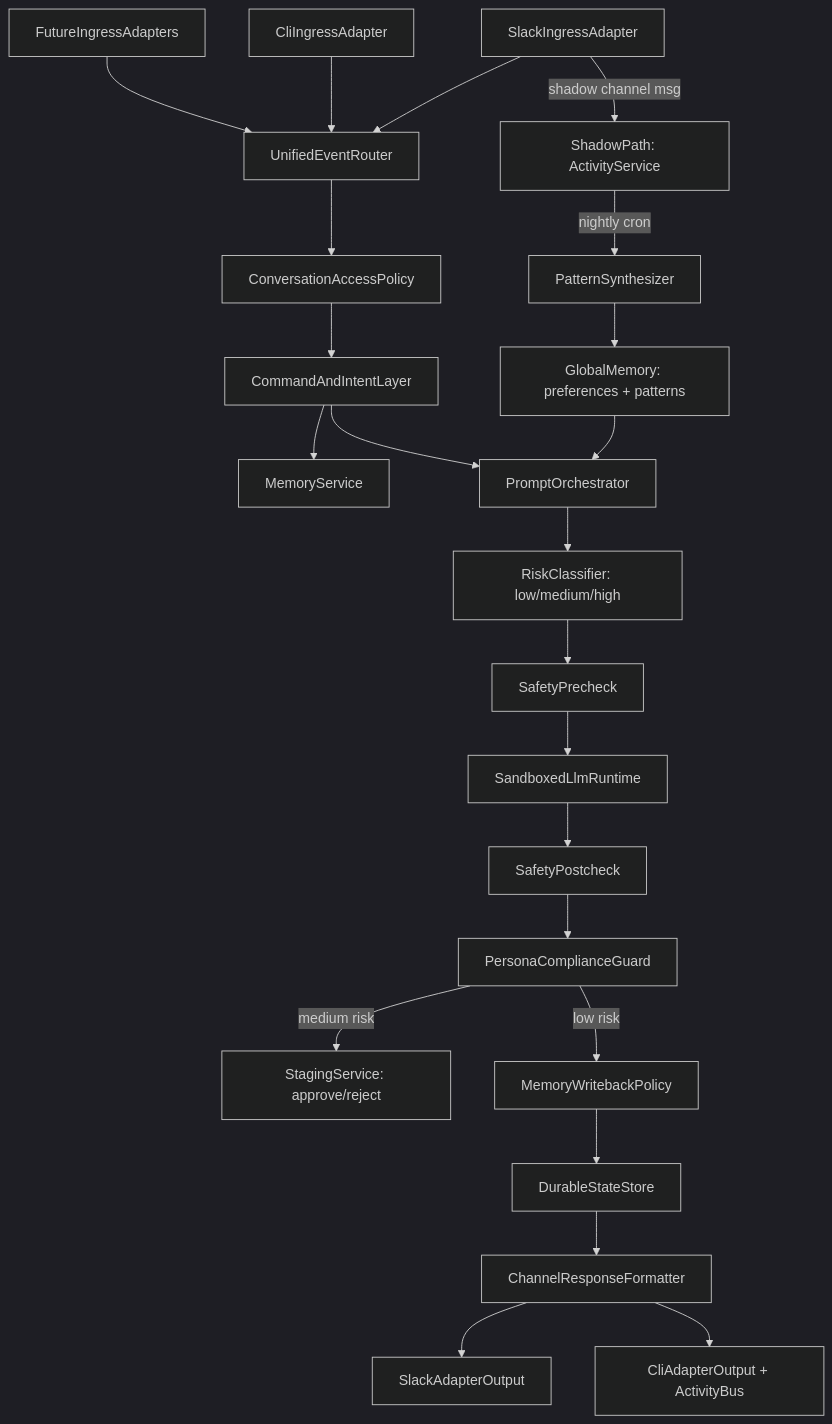
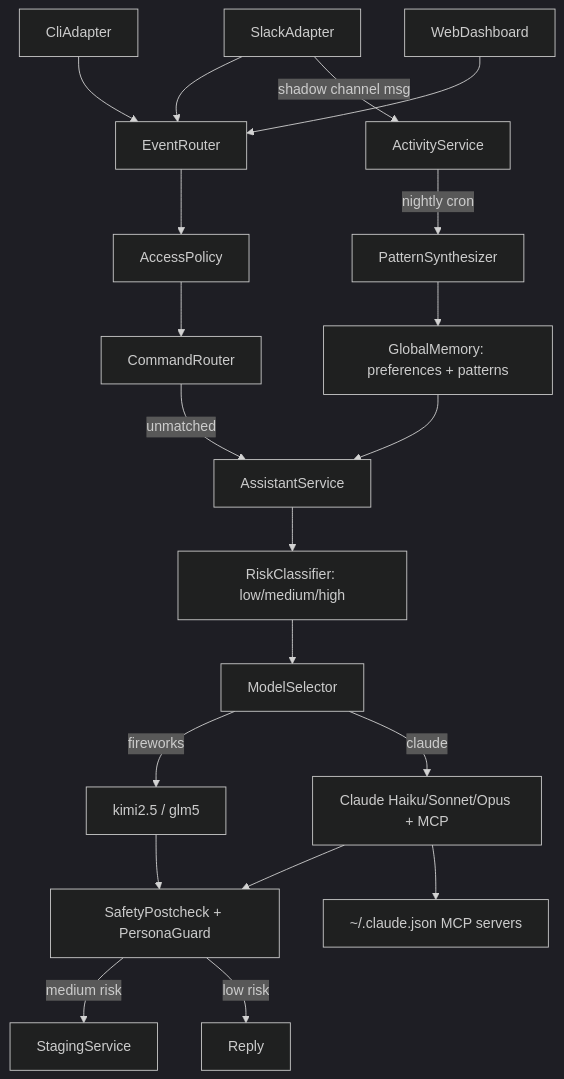
One commit to Xm4Tr1X/robin-bot changed the diagram in docs/ARCHITECTURE.md. Above: the diagram before and after it, drawn with Mermaid (dark theme). The commit also changed other lines of this file and 11 other files, not shown here.

````diff
--- a/docs/ARCHITECTURE.md
+++ b/docs/ARCHITECTURE.md
@@ -32,30 +23,28 @@
 ```mermaid
 flowchart TD
-  SlackIngress[SlackIngressAdapter] --> EventRouter[UnifiedEventRouter]
-  SlackIngress -->|shadow channel msg| ShadowPath[ShadowPath: ActivityService]
-  CliIngress[CliIngressAdapter] --> EventRouter
-  FutureIngress[FutureIngressAdapters] --> EventRouter
+  SlackIngress[SlackAdapter] --> EventRouter[EventRouter]
+  SlackIngress -->|shadow channel msg| ShadowPath[ActivityService]
+  CliIngress[CliAdapter] --> EventRouter
+  WebIngress[WebDashboard] --> EventRouter
 
   ShadowPath -->|nightly cron| PatternSynth[PatternSynthesizer]
   PatternSynth --> GlobalMem[GlobalMemory: preferences + patterns]
 
-  EventRouter --> AccessPolicy[ConversationAccessPolicy]
-  AccessPolicy --> CommandLayer[CommandAndIntentLayer]
+  EventRouter --> AccessPolicy[AccessPolicy]
+  AccessPolicy --> CommandRouter[CommandRouter]
+  CommandRouter -->|unmatched| AssistantService[AssistantService]
 
-  CommandLayer --> MemorySvc[MemoryService]
-  GlobalMem --> PromptOrchestrator
-  CommandLayer --> PromptOrchestrator[PromptOrchestrator]
-  PromptOrchestrator --> RiskClassifier[RiskClassifier: low/medium/high]
-  RiskClassifier --> SafetyPre[SafetyPrecheck]
-  SafetyPre --> LlmRuntime[SandboxedLlmRuntime]
-  LlmRuntime --> SafetyPost[SafetyPostcheck]
-  SafetyPost --> PersonaGuard[PersonaComplianceGuard]
+  GlobalMem --> AssistantService
+  AssistantService --> RiskClassifier[RiskClassifier: low/medium/high]
+  RiskClassifier --> ModelSelector[ModelSelector]
+  ModelSelector -->|fireworks| FireworksRunner[kimi2.5 / glm5]
+  ModelSelector -->|claude| AgentSDKRunner[Claude Haiku/Sonnet/Opus + MCP]
 
-  PersonaGuard -->|medium risk| StagingService[StagingService: approve/reject]
-  PersonaGuard -->|low risk| MemoryWriteback[MemoryWritebackPolicy]
-  MemoryWriteback --> StateStore[DurableStateStore]
-  StateStore --> ResponseFormatter[ChannelResponseFormatter]
+  AgentSDKRunner --> SafetyPost[SafetyPostcheck + PersonaGuard]
+  FireworksRunner --> SafetyPost
 
-  ResponseFormatter --> SlackOut[SlackAdapterOutput]
-  ResponseFormatter --> CliOut[CliAdapterOutput + ActivityBus]
+  SafetyPost -->|medium risk| StagingService[StagingService]
+  SafetyPost -->|low risk| Reply[Reply]
+
+  AgentSDKRunner --> ClaudeMCP[~/.claude.json MCP servers]
 ```
````
